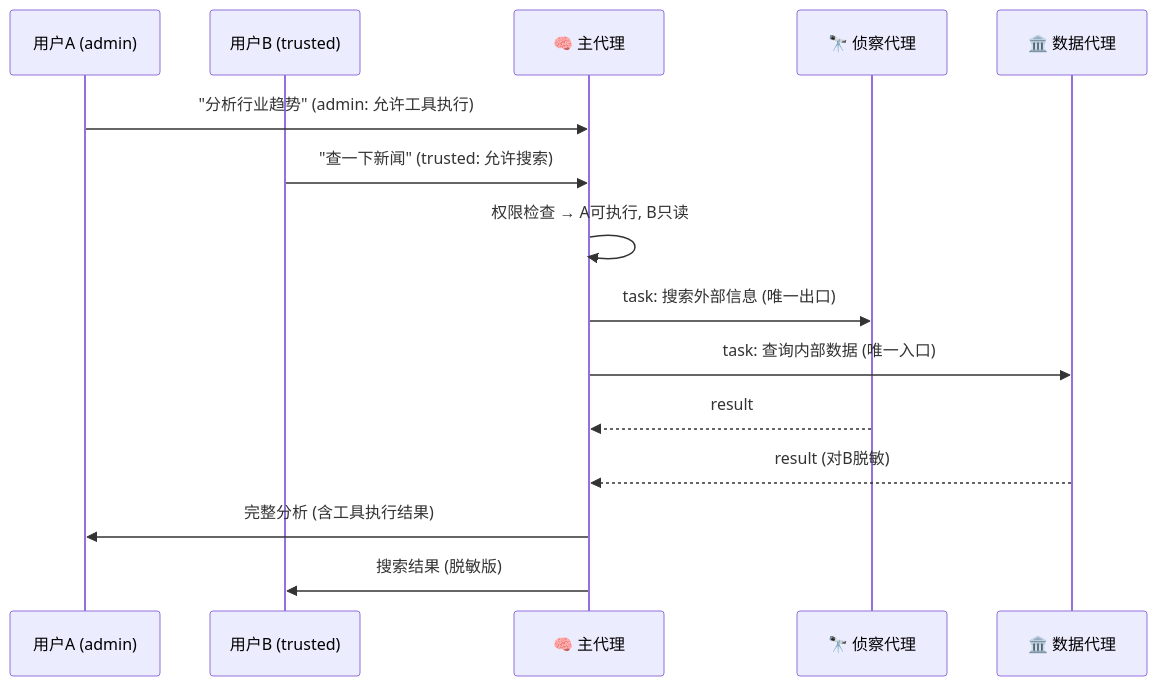
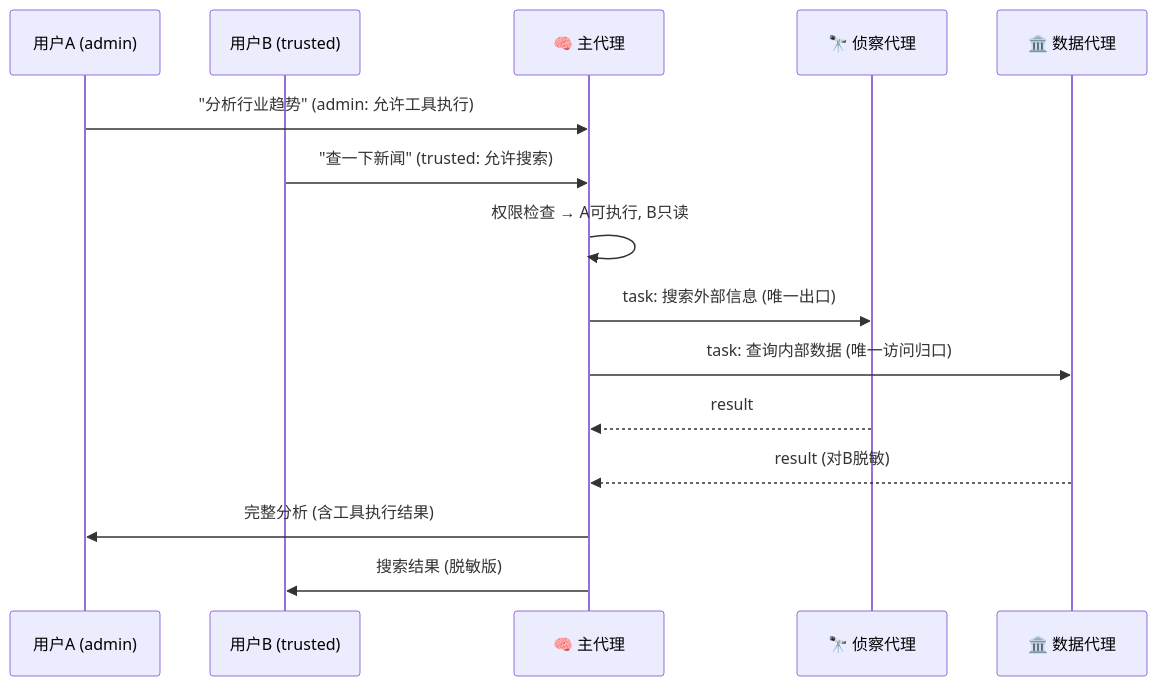
The fifth of 11 diagrams in docs/distributed-multi-agent-architecture.md (forestlei/hermes-agent), drawn with Mermaid before and after one commit. The commit also changed other lines of this file and 1 other file, not shown here.

````diff
--- a/docs/distributed-multi-agent-architecture.md
+++ b/docs/distributed-multi-agent-architecture.md
@@ -861,18 +1032,18 @@
 ```mermaid
 sequenceDiagram
     participant UA as 用户A (admin)
     participant UB as 用户B (trusted)
     participant B as 🧠 主代理
     participant S as 🔭 侦察代理
     participant V as 🏛️ 数据代理
 
     UA->>B: "分析行业趋势" (admin: 允许工具执行)
     UB->>B: "查一下新闻" (trusted: 允许搜索)
     B->>B: 权限检查 → A可执行, B只读
     B->>S: task: 搜索外部信息 (唯一出口)
-    B->>V: task: 查询内部数据 (唯一入口)
+    B->>V: task: 查询内部数据 (唯一访问归口)
     S-->>B: result
     V-->>B: result (对B脱敏)
     B->>UA: 完整分析 (含工具执行结果)
     B->>UB: 搜索结果 (脱敏版)
 ```
````
